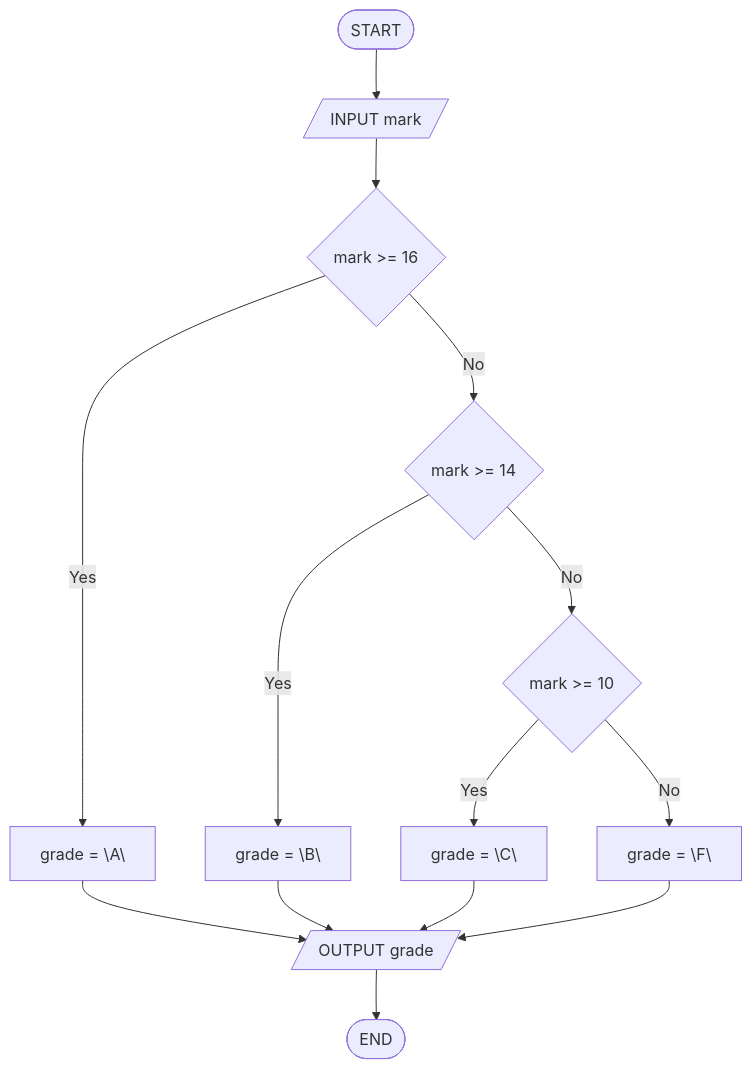
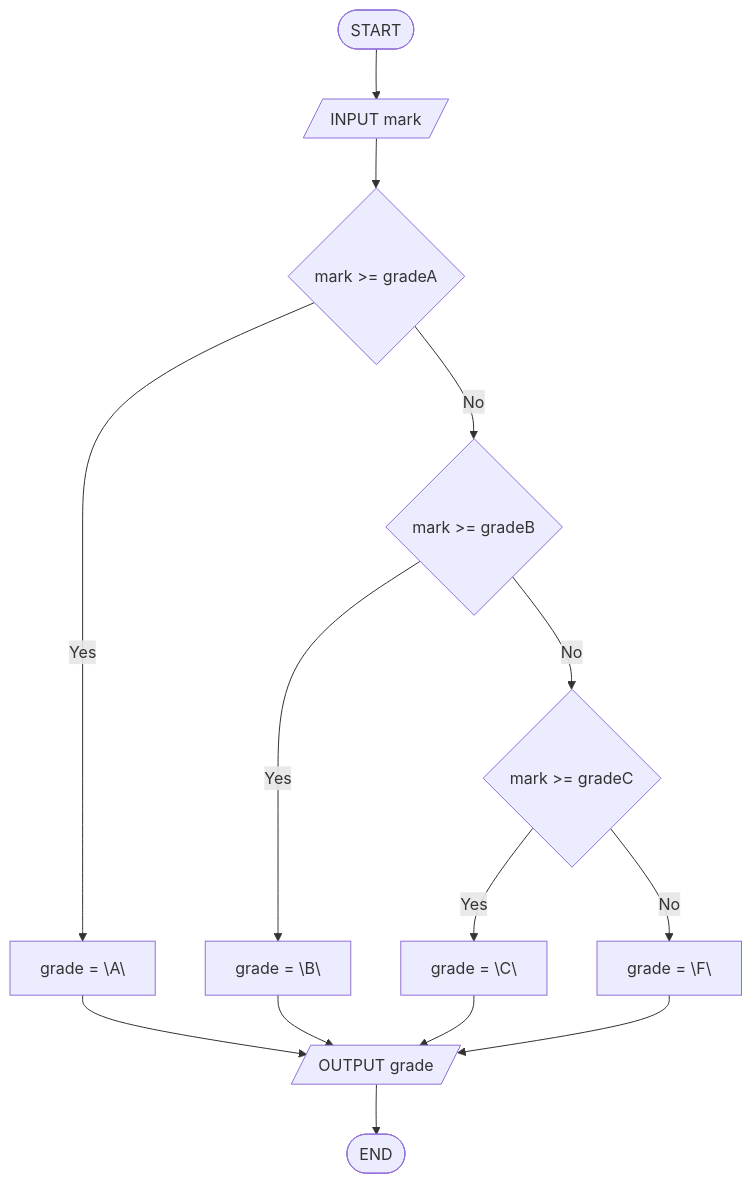
The fifth of 5 diagrams in docs/seances/02/exercices_seance_02.md (ISIBrussels/methodo-algo), drawn with Mermaid before and after one commit. The commit also changed other lines of this file and 1 other file, not shown here.

````diff
--- a/docs/seances/02/exercices_seance_02.md
+++ b/docs/seances/02/exercices_seance_02.md
@@ -265,16 +286,16 @@
 ```mermaid
 flowchart TB
   A([START]) --> B[/INPUT mark/]
-  B --> C{mark >= 16}
+  B --> C{mark >= gradeA}
   C -->|Yes| D["grade = \"A\""]
-  C -->|No| E{mark >= 14}
+  C -->|No| E{mark >= gradeB}
   E -->|Yes| F["grade = \"B\""]
-  E -->|No| G{mark >= 10}
+  E -->|No| G{mark >= gradeC}
   G -->|Yes| H["grade = \"C\""]
   G -->|No| I["grade = \"F\""]
   D --> J[/OUTPUT grade/]
   F --> J
   H --> J
   I --> J
   J --> K([END])
 ```
````
